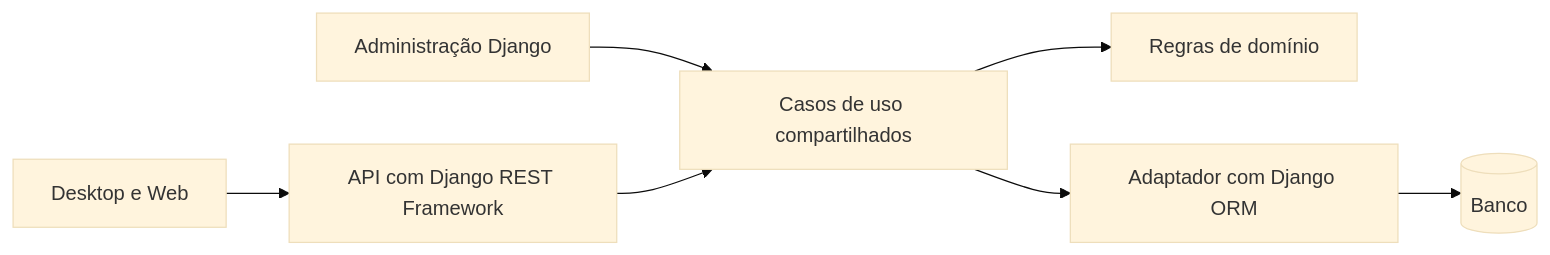
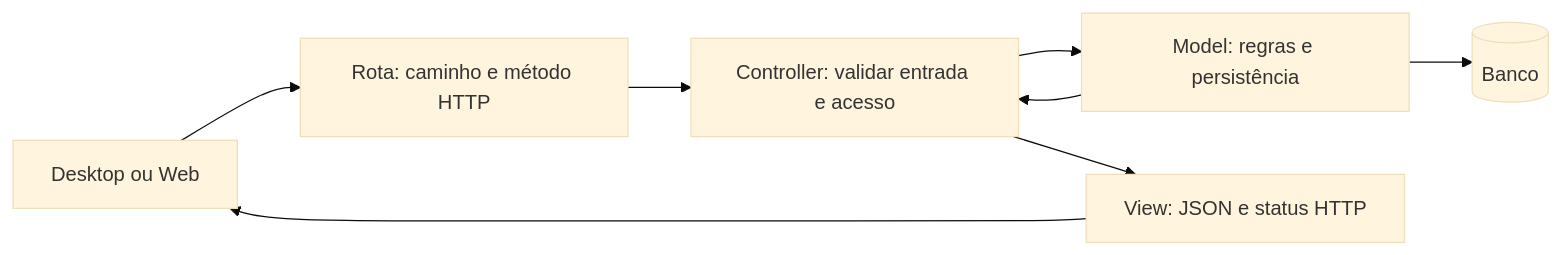
Before and after one commit to MarcosKern/ProntuarioEdu-Hospitalar: the second of 3 diagrams in README.md, drawn with Mermaid (base theme). The commit also changed other lines of this file and 32 other files, not shown here.

````diff
--- a/README.md
+++ b/README.md
@@ -87,9 +33,10 @@
 ```mermaid
 flowchart LR
-    Clientes[Desktop e Web] --> DRF[API com Django REST Framework]
-    Admin[Administração Django] --> Fluxos[Casos de uso compartilhados]
-    DRF --> Fluxos
-    Fluxos --> Dominio[Regras de domínio]
-    Fluxos --> ORM[Adaptador com Django ORM]
-    ORM --> Banco[(Banco)]
+    Cliente[Desktop ou Web] --> Rota[Rota: caminho e método HTTP]
+    Rota --> Controller[Controller: validar entrada e acesso]
+    Controller --> Model[Model: regras e persistência]
+    Model --> Banco[(Banco)]
+    Model --> Controller
+    Controller --> View[View: JSON e status HTTP]
+    View --> Cliente
 ```
````
